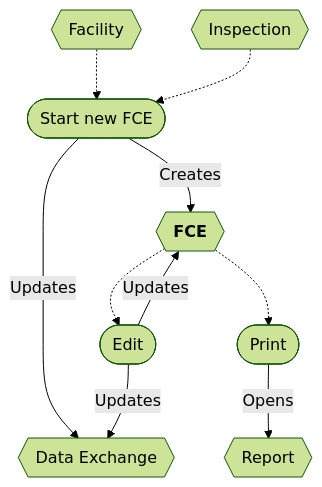
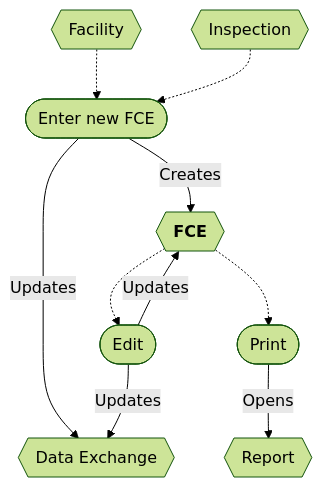
Before and after one commit to gaepdit/air-web: the diagram in docs/Workflows/FCE-workflow.md, drawn with Mermaid (forest theme). The commit also changed other lines of this file and 2 other files, not shown here.

Commit message:
Add Inspection workflow

````diff
--- a/docs/Workflows/FCE-workflow.md
+++ b/docs/Workflows/FCE-workflow.md
@@ -9,23 +9,23 @@
 ```mermaid
 flowchart
     FAC{{Facility}}
     INS{{Inspection}}
     FCE{{"`**FCE**`"}}
     DX{{Data Exchange}}
     RPT{{Report}}
 
-    start([Start new FCE])
-    update([Edit])
+    enter([Enter new FCE])
+    edit([Edit])
     print([Print])
 
-    FAC -.-> start
-    INS -.-> start
-    FCE -.-> update
+    FAC -.-> enter
+    INS -.-> enter
+    FCE -.-> edit
     FCE -.-> print
 
-    start -->|Creates| FCE
-    update -->|Updates| FCE
+    enter -->|Creates| FCE
+    edit -->|Updates| FCE
     print -->|Opens| RPT
-    start -->|Updates| DX
-    update -->|Updates| DX
+    enter -->|Updates| DX
+    edit -->|Updates| DX
 ```
````
